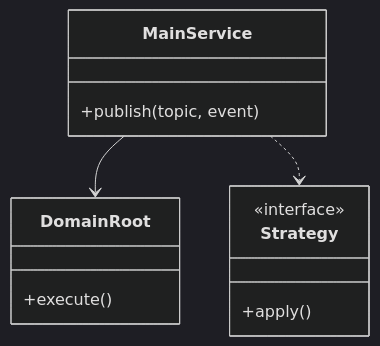
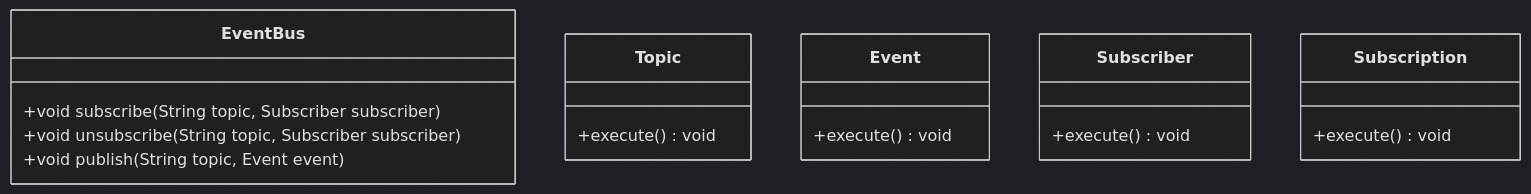
Before and after one commit to madhupaila/Interview-Prep-SSE: the first of 3 diagrams in Learn/System Design - Low Level Design/02-classic-ood/questions/Q29-pubsub-event-bus.md, drawn with Mermaid (dark theme). The commit also changed other lines of this file and 491 other files, not shown here.

````diff
--- a/Learn/System Design - Low Level Design/02-classic-ood/questions/Q29-pubsub-event-bus.md
+++ b/Learn/System Design - Low Level Design/02-classic-ood/questions/Q29-pubsub-event-bus.md
@@ -75,15 +92,20 @@
 ```mermaid
 classDiagram
-    class MainService {
-        +publish(topic, event)
+    class EventBus {
+        +void subscribe(String topic, Subscriber subscriber)
+        +void unsubscribe(String topic, Subscriber subscriber)
+        +void publish(String topic, Event event)
     }
-    class DomainRoot {
-        +execute()
+    class Topic {
+        +execute() void
     }
-    class Strategy {
-        <<interface>>
-        +apply()
+    class Event {
+        +execute() void
     }
-    MainService --> DomainRoot
-    MainService ..> Strategy
+    class Subscriber {
+        +execute() void
+    }
+    class Subscription {
+        +execute() void
+    }
 ```
````
